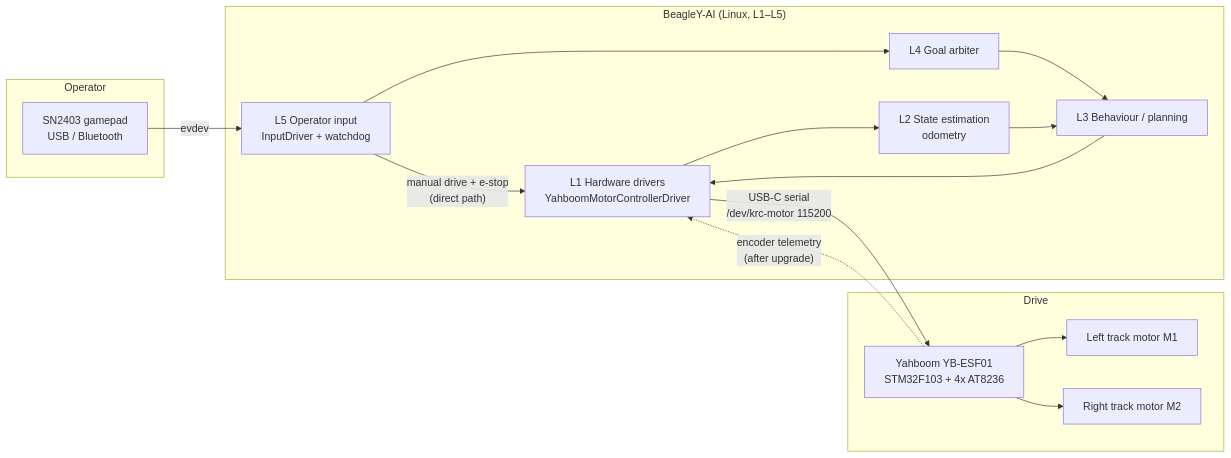
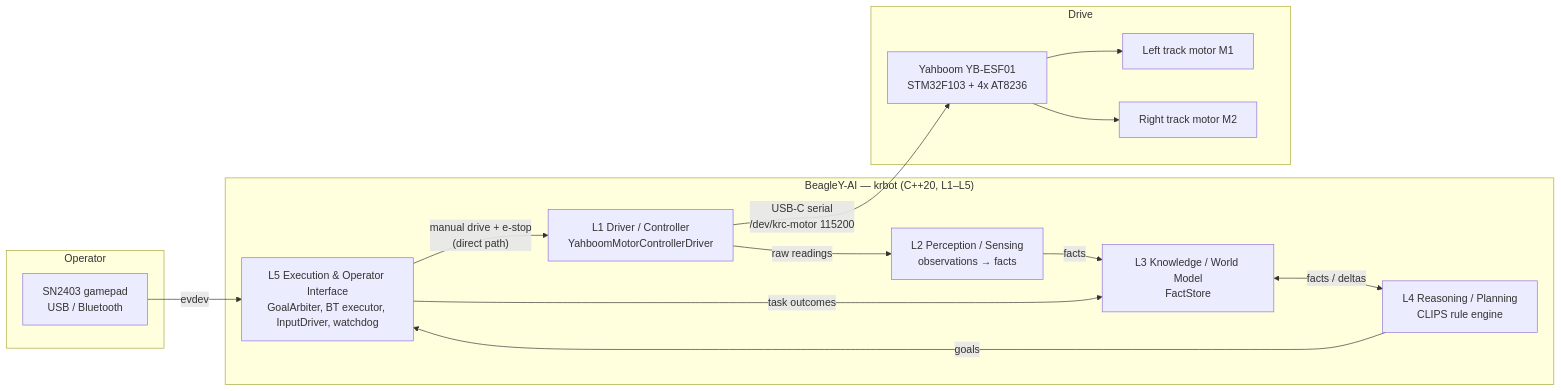
One commit to kennedyrobotics/KR-robot changed the first of 4 diagrams in README.md. Above: the diagram before and after it, drawn with Mermaid. The commit also changed other lines of this file and 68 other files, not shown here.

````diff
--- a/README.md
+++ b/README.md
@@ -11,24 +15,26 @@
 ```mermaid
 flowchart LR
     subgraph Operator
         PAD[SN2403 gamepad<br/>USB / Bluetooth]
     end
-    subgraph BeagleY-AI ["BeagleY-AI (Linux, L1–L5)"]
-        L5[L5 Operator input<br/>InputDriver + watchdog]
-        L4[L4 Goal arbiter]
-        L3[L3 Behaviour / planning]
-        L2[L2 State estimation<br/>odometry]
-        L1[L1 Hardware drivers<br/>YahboomMotorControllerDriver]
+    subgraph BeagleY-AI ["BeagleY-AI — krbot (C++20, L1–L5)"]
+        L5[L5 Execution & Operator Interface<br/>GoalArbiter, BT executor, InputDriver, watchdog]
+        L4[L4 Reasoning / Planning<br/>CLIPS rule engine]
+        L3[L3 Knowledge / World Model<br/>FactStore]
+        L2[L2 Perception / Sensing<br/>observations → facts]
+        L1[L1 Driver / Controller<br/>YahboomMotorControllerDriver]
     end
     subgraph Drive
         YB[Yahboom YB-ESF01<br/>STM32F103 + 4x AT8236]
         ML[Left track motor M1]
         MR[Right track motor M2]
     end
     PAD -- evdev --> L5
     L5 -- "manual drive + e-stop<br/>(direct path)" --> L1
-    L5 --> L4 --> L3 --> L1
+    L4 -- goals --> L5
+    L3 <-- "facts / deltas" --> L4
+    L1 -- raw readings --> L2 -- facts --> L3
+    L5 -- "task outcomes" --> L3
     L1 -- "USB-C serial<br/>/dev/krc-motor 115200" --> YB
     YB --> ML & MR
-    YB -. "encoder telemetry<br/>(after upgrade)" .-> L1 --> L2 --> L3
 ```
````
